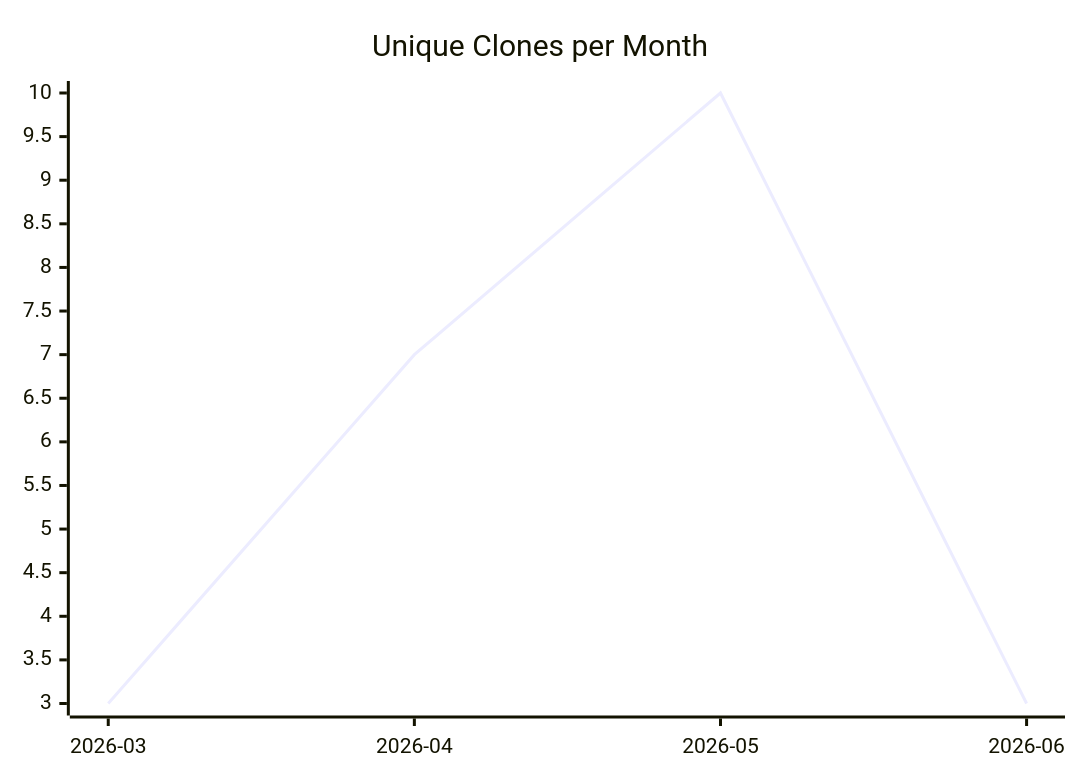
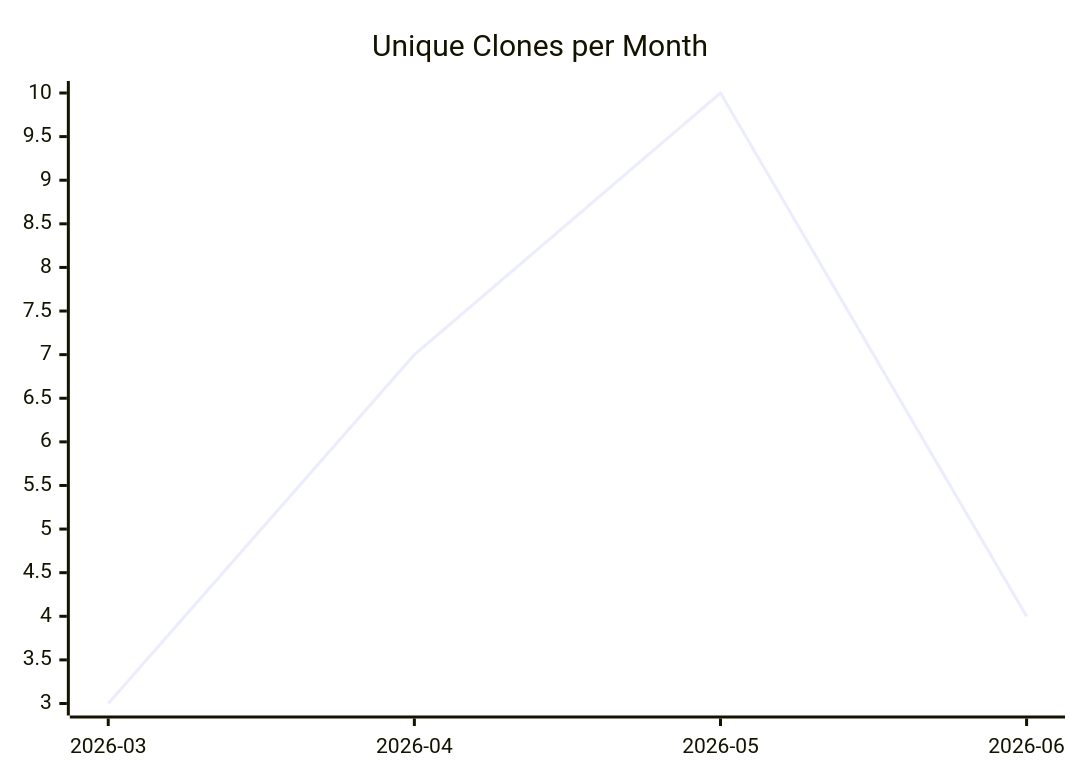
Before and after one commit to justdavis-family/github-analytics-data: the third of 3 diagrams in karlmdavis/test-repo-for-move/README.md, drawn with Mermaid. The commit also changed other lines of this file and 196 other files, not shown here.

````diff
--- a/karlmdavis/test-repo-for-move/README.md
+++ b/karlmdavis/test-repo-for-move/README.md
@@ -19,6 +19,6 @@
 ```mermaid
 xychart-beta
   title "Unique Clones per Month"
   x-axis ["2026-03", "2026-04", "2026-05", "2026-06"]
-  line [3, 7, 10, 3]
+  line [3, 7, 10, 4]
 ```
````
